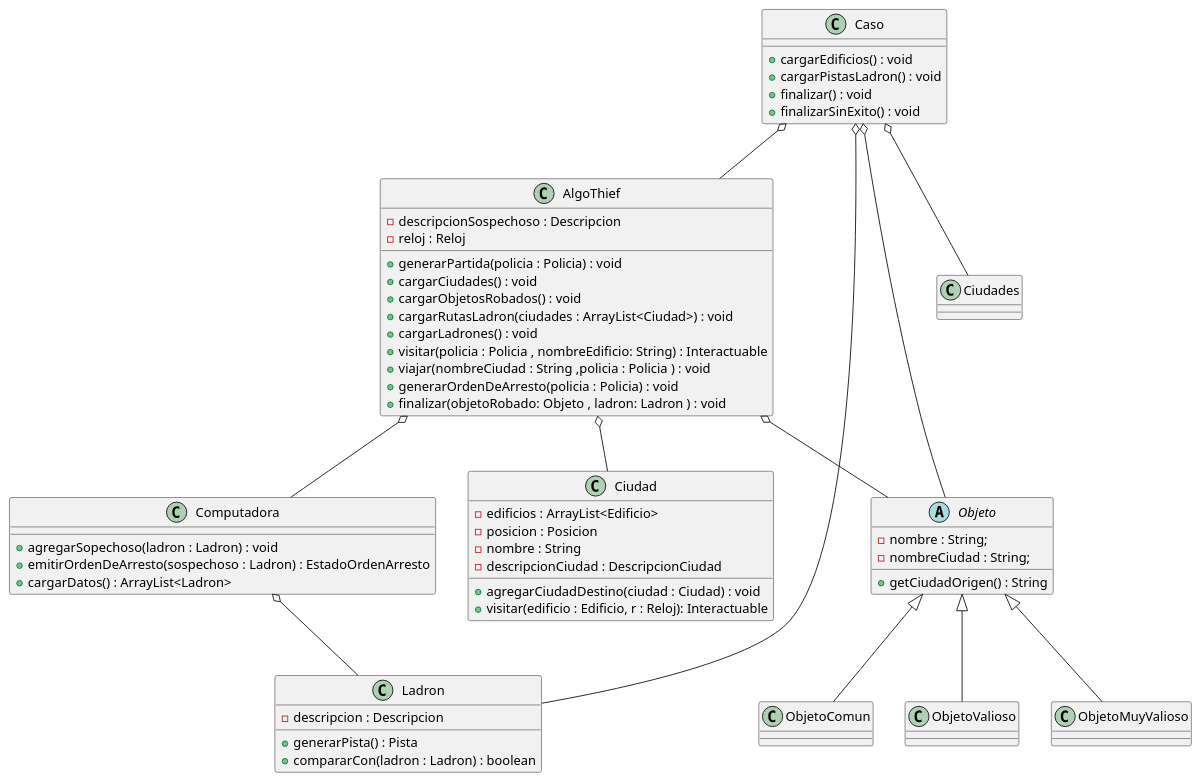
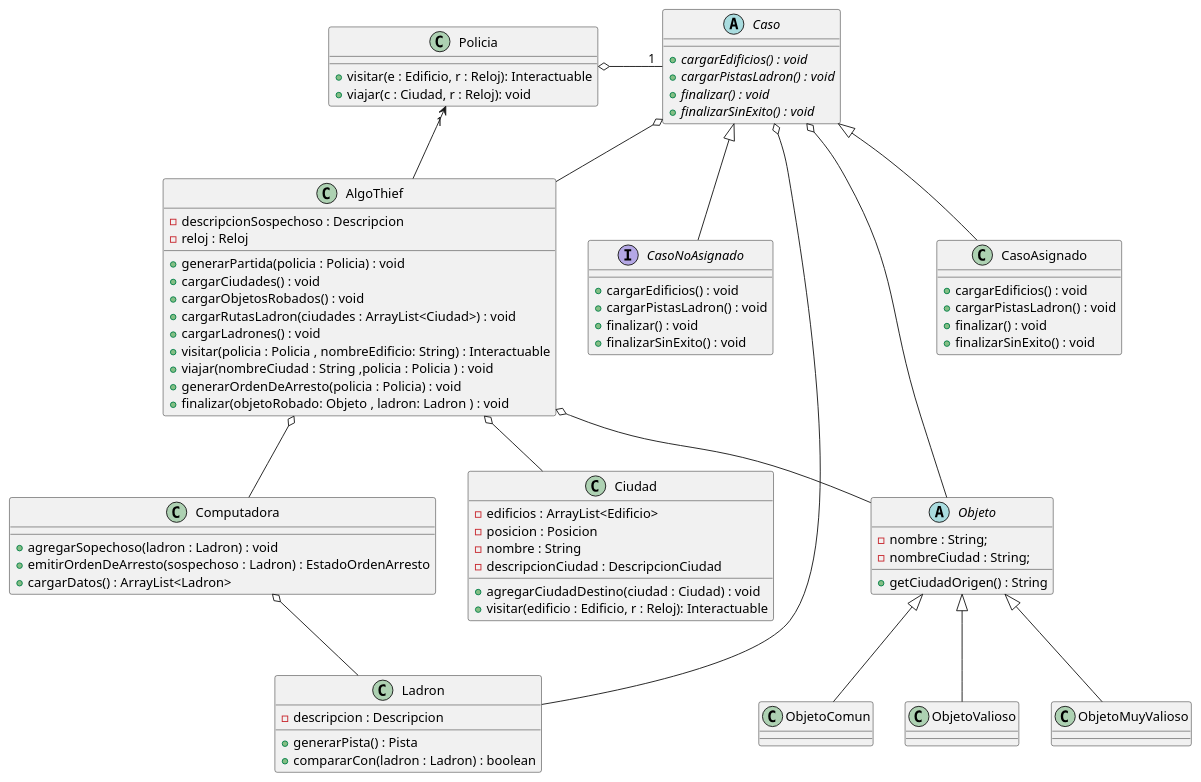
The diagram in diagrams/classes/diagrama_clases_algoThief.puml (martinanus/algo3_tp2), drawn with PlantUML before and after one commit.

Commit message:
Se actualiza Diagrama UML

```diff
--- a/diagrams/classes/diagrama_clases_algoThief.puml
+++ b/diagrams/classes/diagrama_clases_algoThief.puml
@@ -1,83 +1,105 @@
 @startuml
 
 
 AlgoThief o-- Ciudad
 AlgoThief o-- Objeto
 AlgoThief o-- Computadora
 
 Computadora o-- Ladron
 
 Objeto <|-- ObjetoComun
 Objeto <|-- ObjetoValioso
 Objeto <|-- ObjetoMuyValioso
 
 Caso o-- AlgoThief
 Caso o-- Objeto
 Caso o-- Ladron
-Caso o-- Ciudades
+Caso <|-- CasoAsignado
+Caso <|-- CasoNoAsignado
+Policia o-"1" Caso
+AlgoThief ->"1" Policia
 
- class Caso {
+class Policia {
+    + visitar(e : Edificio, r : Reloj): Interactuable
+    + viajar(c : Ciudad, r : Reloj): void
+}
+
+abstract class Caso {
+ + {abstract} cargarEdificios() : void
+ + {abstract} cargarPistasLadron() : void
+ + {abstract} finalizar() : void
+ + {abstract} finalizarSinExito() : void
+}
+
+ class CasoAsignado {
+ + cargarEdificios() : void
+ + cargarPistasLadron() : void
+ + finalizar() : void
+ + finalizarSinExito() : void
+}
+
+interface CasoNoAsignado {
  + cargarEdificios() : void
  + cargarPistasLadron() : void
  + finalizar() : void
  + finalizarSinExito() : void
 }
 
 class AlgoThief {
     - descripcionSospechoso : Descripcion
     - reloj : Reloj
     + generarPartida(policia : Policia) : void
     + cargarCiudades() : void
     + cargarObjetosRobados() : void
     + cargarRutasLadron(ciudades : ArrayList<Ciudad>) : void
     + cargarLadrones() : void
     + visitar(policia : Policia , nombreEdificio: String) : Interactuable
     + viajar(nombreCiudad : String ,policia : Policia ) : void
     + generarOrdenDeArresto(policia : Policia) : void
     + finalizar(objetoRobado: Objeto , ladron: Ladron ) : void
 }
 
 class Ciudad {
     - edificios : ArrayList<Edificio>
     - posicion : Posicion
     - nombre : String
     - descripcionCiudad : DescripcionCiudad
 
     + agregarCiudadDestino(ciudad : Ciudad) : void
     + visitar(edificio : Edificio, r : Reloj): Interactuable
 }
 
 abstract class Objeto {
     - nombre : String;
     - nombreCiudad : String;
 
     + getCiudadOrigen() : String
 }
 
 class ObjetoComun {
 }
 
 class ObjetoValioso {
 }
 
 class ObjetoMuyValioso {
 }
 
 
 
 class Computadora {
     + agregarSopechoso(ladron : Ladron) : void
     + emitirOrdenDeArresto(sospechoso : Ladron) : EstadoOrdenArresto
     + cargarDatos() : ArrayList<Ladron>
 }
 
 class Ladron {
     - descripcion : Descripcion
     + generarPista() : Pista
     + compararCon(ladron : Ladron) : boolean
 }
 
 
 
 
 @enduml
```
